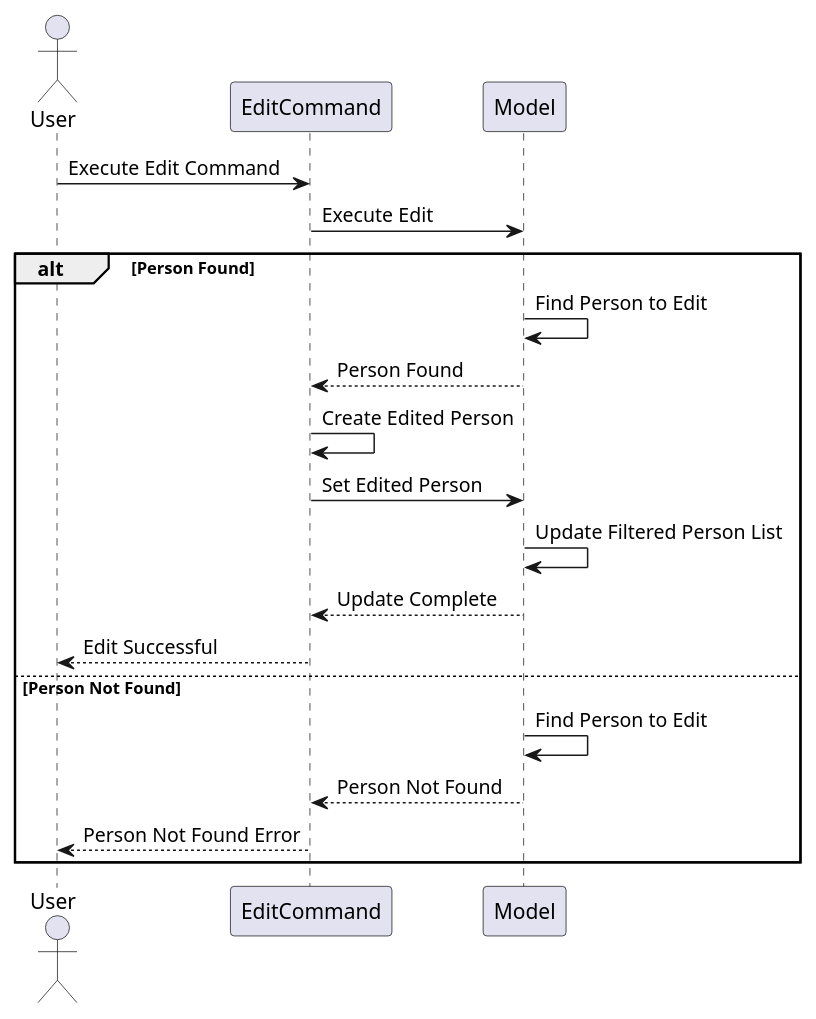
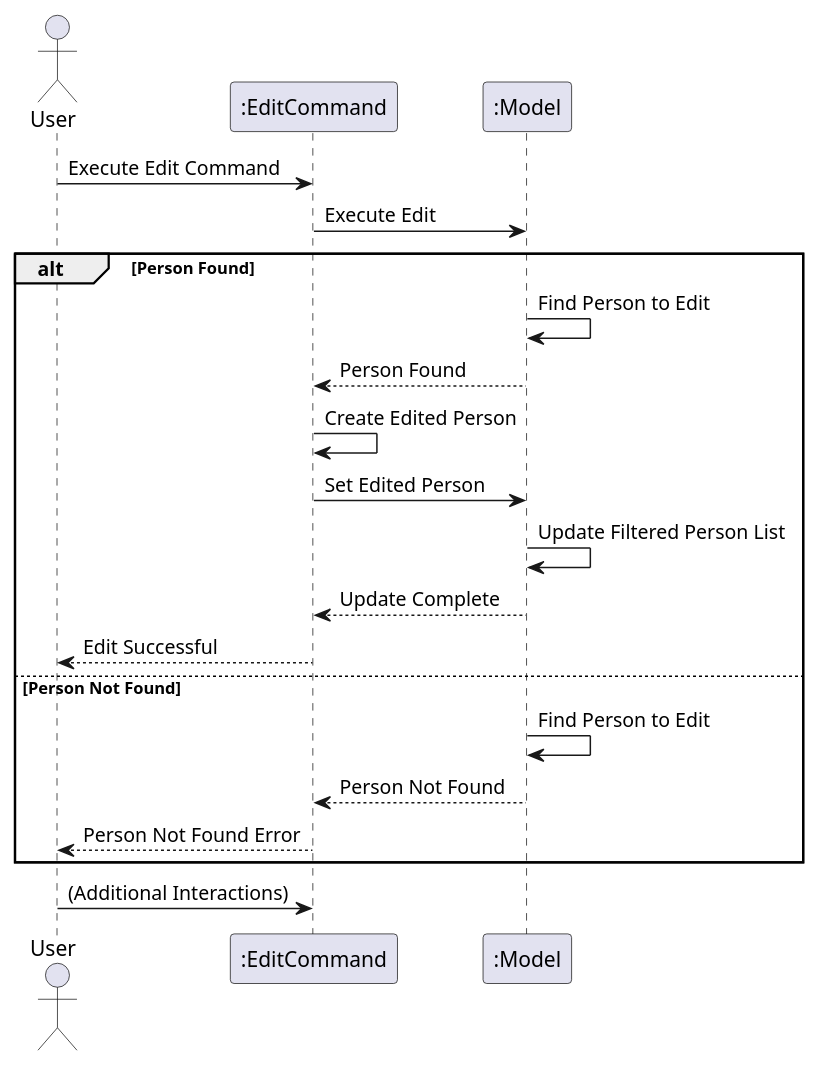
The diagram in docs/diagrams/EditSequenceDiagram.puml (nus-cs2103-AY2324S1/tp), drawn with PlantUML before and after one commit.

Commit message:
Update sequence diagram for edit

```diff
--- a/docs/diagrams/EditSequenceDiagram.puml
+++ b/docs/diagrams/EditSequenceDiagram.puml
@@ -1,22 +1,24 @@
 @startuml
 
 actor User
-participant EditCommand
-participant Model
+participant ":EditCommand" as EditCommand
+participant ":Model" as Model
 
 User -> EditCommand: Execute Edit Command
 EditCommand -> Model: Execute Edit
 alt Person Found
   Model -> Model: Find Person to Edit
   Model --> EditCommand: Person Found
   EditCommand -> EditCommand: Create Edited Person
   EditCommand -> Model: Set Edited Person
   Model -> Model: Update Filtered Person List
   Model --> EditCommand: Update Complete
   EditCommand --> User: Edit Successful
 else Person Not Found
   Model -> Model: Find Person to Edit
   Model --> EditCommand: Person Not Found
   EditCommand --> User: Person Not Found Error
 end
+User -> EditCommand: (Additional Interactions)
+
 @enduml
```
